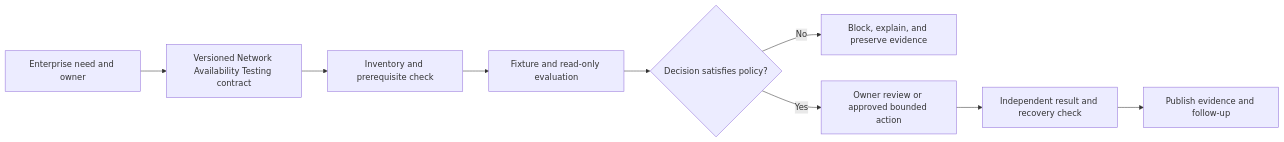
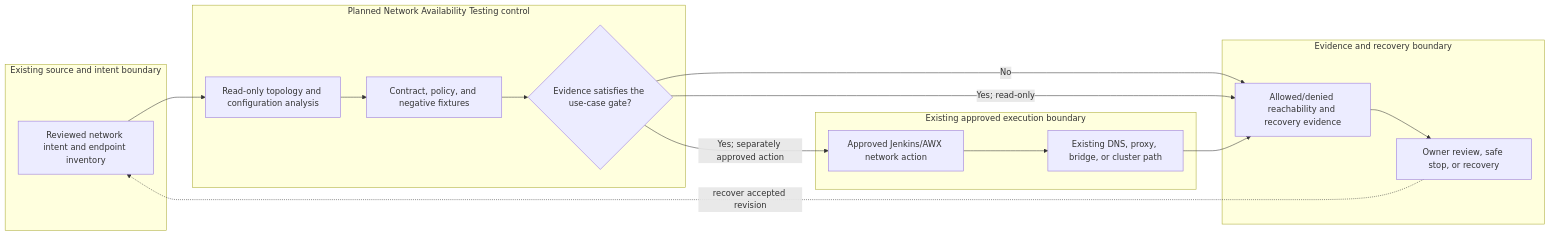
Before and after one commit to MIDHTECH/enterprise-architecture-docs: the diagram in docs/use-cases/network/UC-NET-028-network-availability-testing.md, drawn with Mermaid. The commit also changed other lines of this file and 227 other files, not shown here.

Commit message:
Deepen architecture for all use case designs

````diff
--- a/docs/use-cases/network/UC-NET-028-network-availability-testing.md
+++ b/docs/use-cases/network/UC-NET-028-network-availability-testing.md
@@ -136,11 +129,25 @@
 ```mermaid
 flowchart LR
-    Need["Enterprise need and owner"] --> Contract["Versioned Network Availability Testing contract"]
-    Contract --> Preflight["Inventory and prerequisite check"]
-    Preflight --> Evaluate["Fixture and read-only evaluation"]
-    Evaluate --> Decision{"Decision satisfies policy?"}
-    Decision -->|No| Stop["Block, explain, and preserve evidence"]
-    Decision -->|Yes| Review["Owner review or approved bounded action"]
-    Review --> Verify["Independent result and recovery check"]
-    Verify --> Publish["Publish evidence and follow-up"]
+    subgraph Source["Existing source and intent boundary"]
+        A["Reviewed network intent and endpoint inventory"]
+    end
+    subgraph Planned["Planned Network Availability Testing control"]
+        B["Read-only topology and configuration analysis"]
+        C["Contract, policy, and negative fixtures"]
+        D{"Evidence satisfies the use-case gate?"}
+    end
+    subgraph Runtime["Existing approved execution boundary"]
+        E["Approved Jenkins/AWX network action"]
+        F["Existing DNS, proxy, bridge, or cluster path"]
+    end
+    subgraph Assurance["Evidence and recovery boundary"]
+        G["Allowed/denied reachability and recovery evidence"]
+        H["Owner review, safe stop, or recovery"]
+    end
+
+    A --> B --> C --> D
+    D -->|No| G --> H
+    D -->|Yes; read-only| G
+    D -->|Yes; separately approved action| E --> F --> G
+    H -. recover accepted revision .-> A
 ```
````
